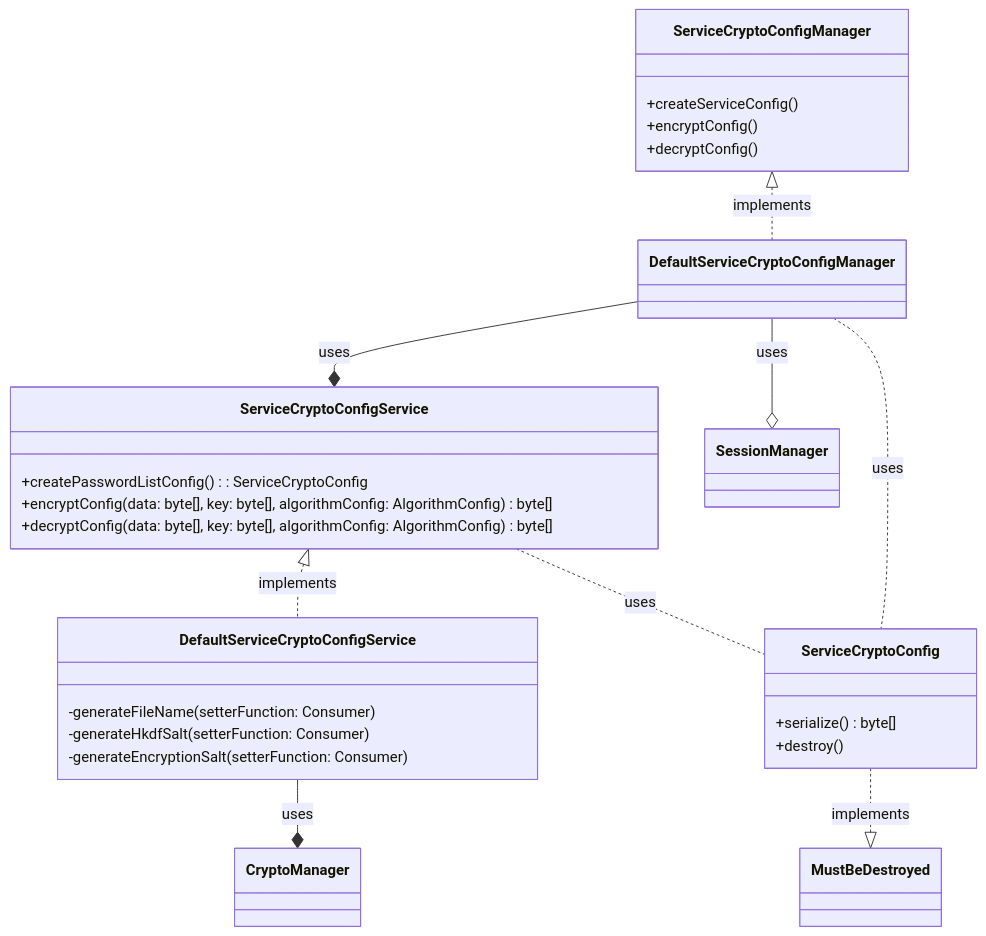
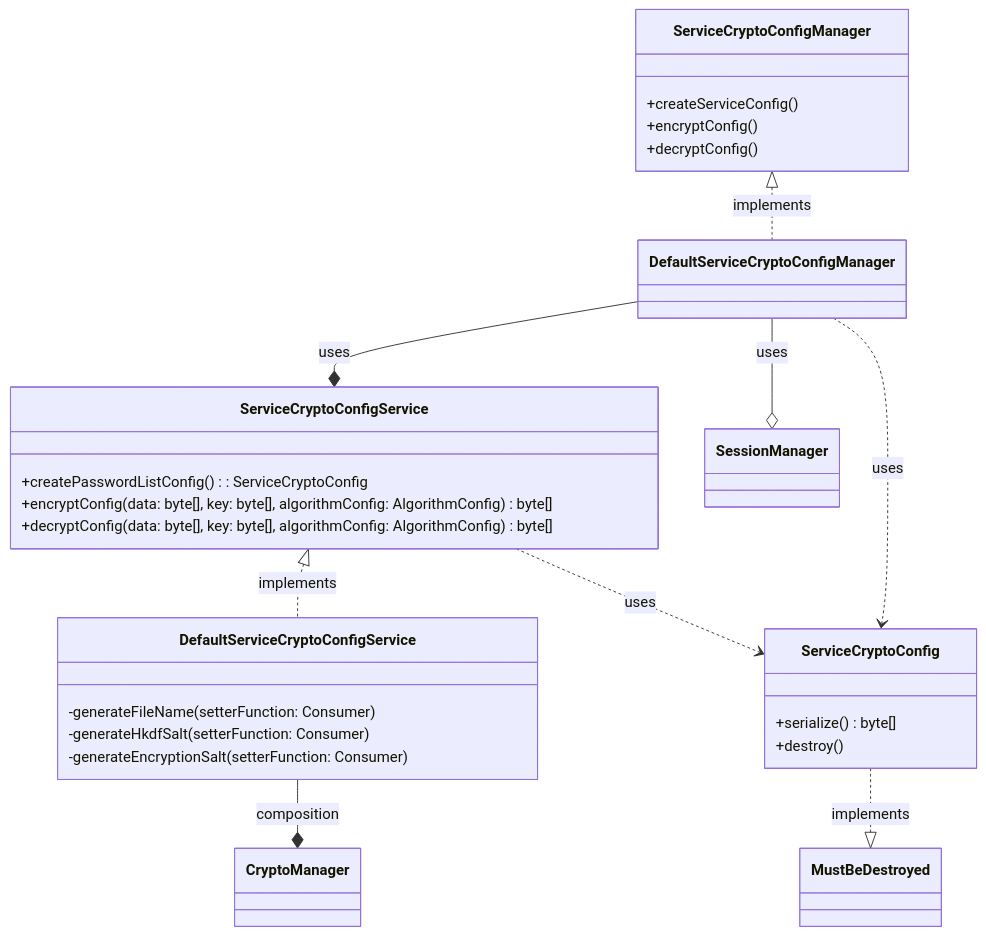
Diagram 11 of 17 in Report.md (ZY-UNIVERSITA/Progetto-OOP), drawn with Mermaid before and after one commit. The commit also changed other lines of this file, not shown here.

Commit message:
Update mermaid grah

````diff
--- a/Report.md
+++ b/Report.md
@@ -756,42 +756,42 @@
 ```mermaid
 
 classDiagram
     class ServiceCryptoConfigManager {
         +createServiceConfig()
         +encryptConfig()
         +decryptConfig()
     }
     
     class DefaultServiceCryptoConfigManager {
     }
     
     class ServiceCryptoConfigService {
         +createPasswordListConfig() : ServiceCryptoConfig
         +encryptConfig(data: byte[], key: byte[], algorithmConfig: AlgorithmConfig) byte[]
         +decryptConfig(data: byte[], key: byte[], algorithmConfig: AlgorithmConfig) byte[]
     }
     
     class DefaultServiceCryptoConfigService {
         -generateFileName(setterFunction: Consumer)
         -generateHkdfSalt(setterFunction: Consumer)
         -generateEncryptionSalt(setterFunction: Consumer)
     }
     
     class ServiceCryptoConfig {
         +serialize() byte[]
         +destroy()
     }
     
     ServiceCryptoConfigManager <|.. DefaultServiceCryptoConfigManager : implements
     ServiceCryptoConfigService <|.. DefaultServiceCryptoConfigService : implements
     ServiceCryptoConfig ..|> MustBeDestroyed : implements
 
     DefaultServiceCryptoConfigManager --* ServiceCryptoConfigService : uses
 
-    DefaultServiceCryptoConfigService --* CryptoManager : uses
+    DefaultServiceCryptoConfigService --* CryptoManager : composition
     DefaultServiceCryptoConfigManager --o SessionManager : uses
     
-    ServiceCryptoConfigService .. ServiceCryptoConfig : uses
-    DefaultServiceCryptoConfigManager .. ServiceCryptoConfig : uses
+    ServiceCryptoConfigService ..> ServiceCryptoConfig : uses
+    DefaultServiceCryptoConfigManager ..> ServiceCryptoConfig : uses
 
 ```
````
